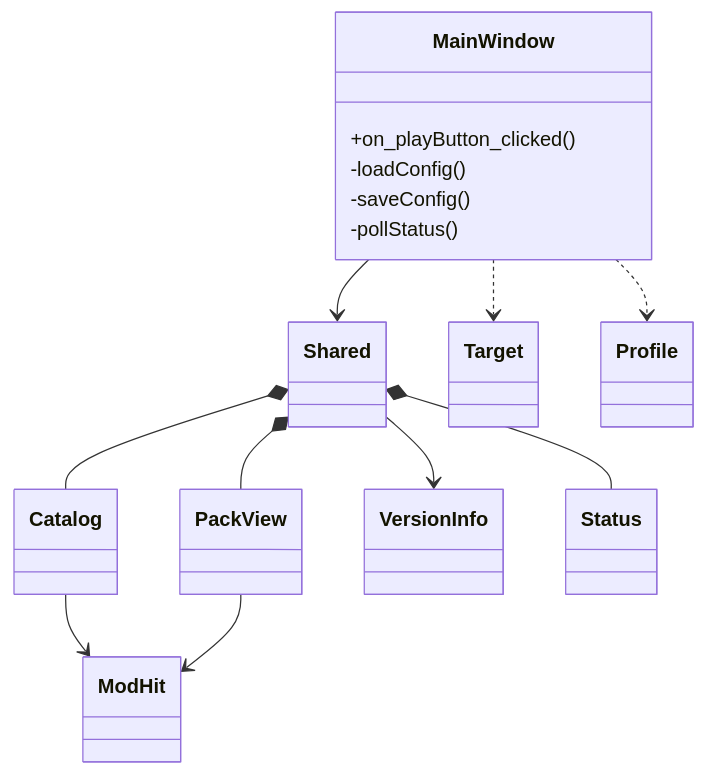
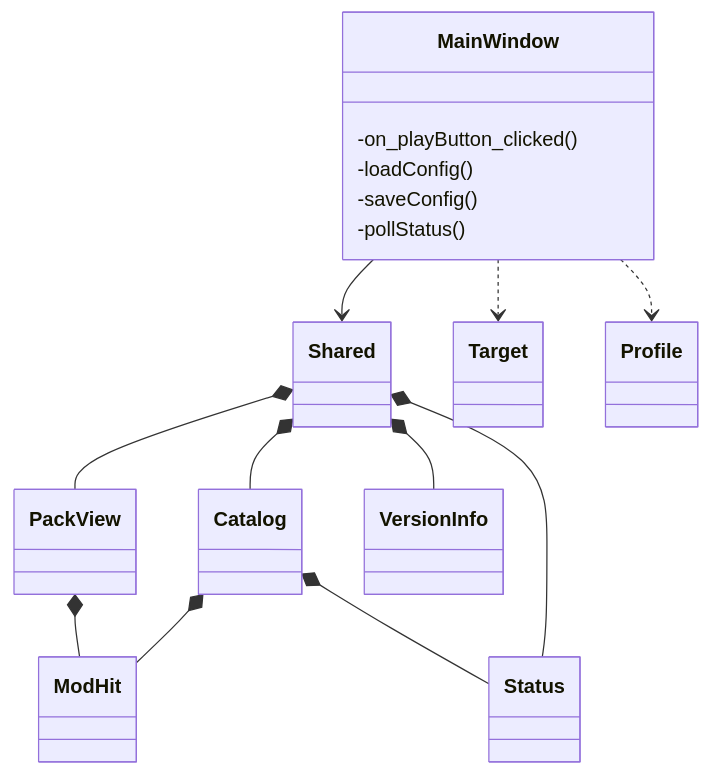
The third of 5 diagrams in CyberLauncher_Labs.md (DenyRun0/CyberLauncher), drawn with Mermaid before and after one commit. The commit also changed other lines of this file, not shown here.

````diff
--- a/CyberLauncher_Labs.md
+++ b/CyberLauncher_Labs.md
@@ -135,26 +186,27 @@
 ```mermaid
 classDiagram
  class MainWindow {
-  +on_playButton_clicked()
+  -on_playButton_clicked()
   -loadConfig()
   -saveConfig()
   -pollStatus()
  }
  class Shared
  class Catalog
  class PackView
  class Target
  class VersionInfo
  class Status
  class ModHit
  class Profile
  MainWindow --> Shared
  MainWindow ..> Target
+ MainWindow ..> Profile
  Shared *-- Catalog
  Shared *-- PackView
  Shared *-- Status
- Shared --> VersionInfo
- Catalog --> ModHit
- PackView --> ModHit
- MainWindow ..> Profile
+ Shared *-- VersionInfo
+ Catalog *-- ModHit
+ Catalog *-- Status
+ PackView *-- ModHit
 ```
````
